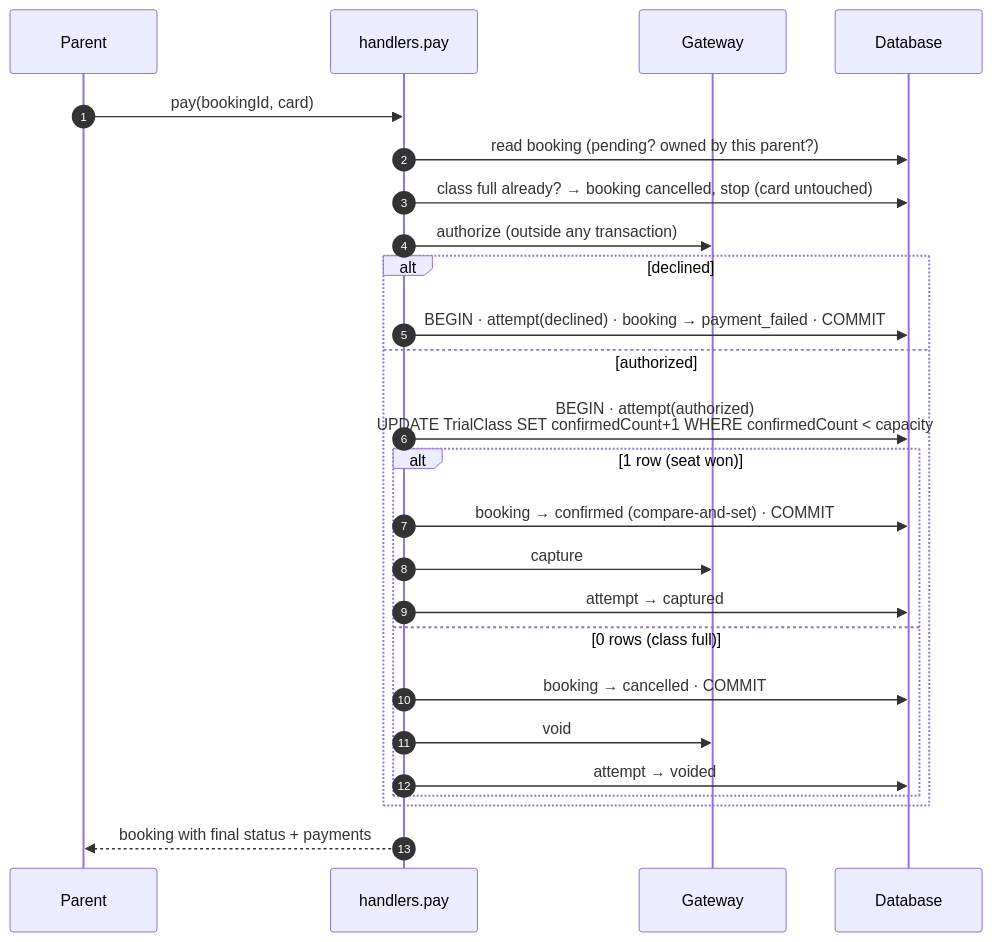
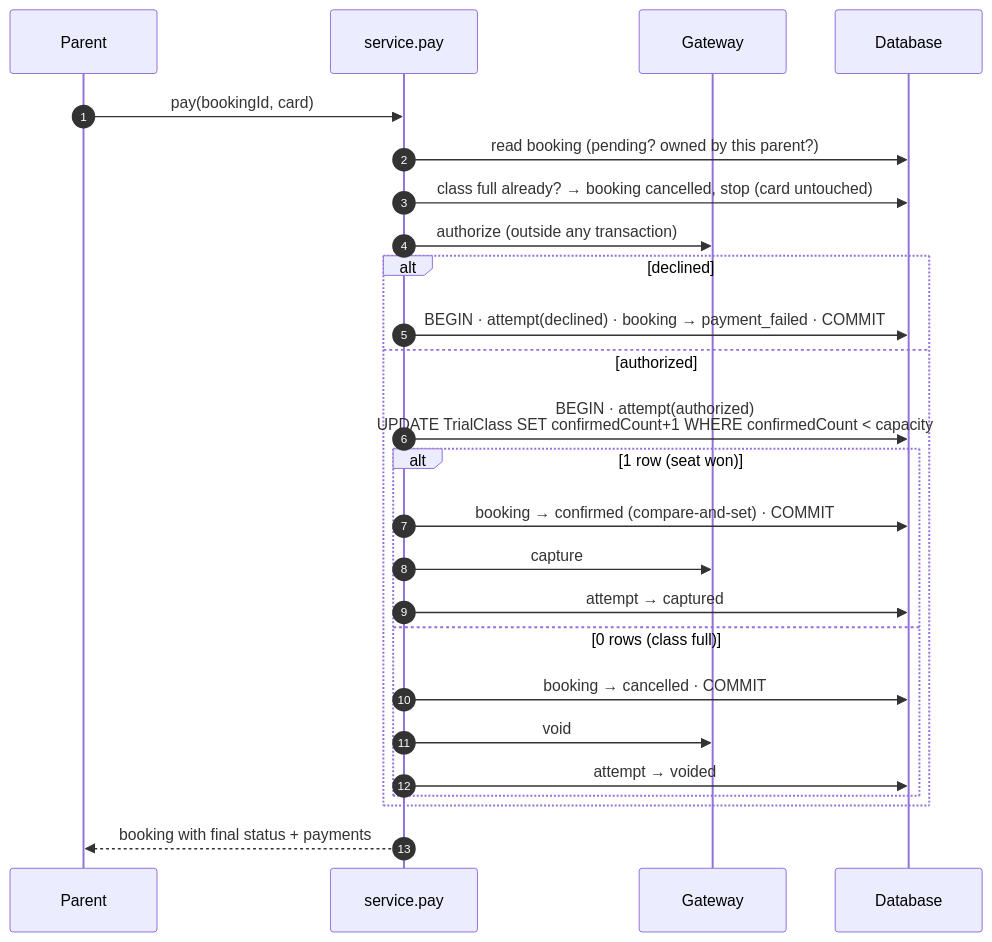
The third of 3 diagrams in docs/ARCHITECTURE.md (ferdianqbl/ottodot-trial-booking), drawn with Mermaid before and after one commit. The commit also changed other lines of this file and 4 other files, not shown here.

````diff
--- a/docs/ARCHITECTURE.md
+++ b/docs/ARCHITECTURE.md
@@ -126,28 +126,28 @@
 ```mermaid
 sequenceDiagram
     autonumber
     participant P as Parent
-    participant H as handlers.pay
+    participant H as service.pay
     participant G as Gateway
     participant D as Database
 
     P->>H: pay(bookingId, card)
     H->>D: read booking (pending? owned by this parent?)
     H->>D: class full already? → booking cancelled, stop (card untouched)
     H->>G: authorize (outside any transaction)
     alt declined
         H->>D: BEGIN · attempt(declined) · booking → payment_failed · COMMIT
     else authorized
         H->>D: BEGIN · attempt(authorized)<br/>UPDATE TrialClass SET confirmedCount+1 WHERE confirmedCount < capacity
         alt 1 row (seat won)
             H->>D: booking → confirmed (compare-and-set) · COMMIT
             H->>G: capture
             H->>D: attempt → captured
         else 0 rows (class full)
             H->>D: booking → cancelled · COMMIT
             H->>G: void
             H->>D: attempt → voided
         end
     end
     H-->>P: booking with final status + payments
 ```
````
